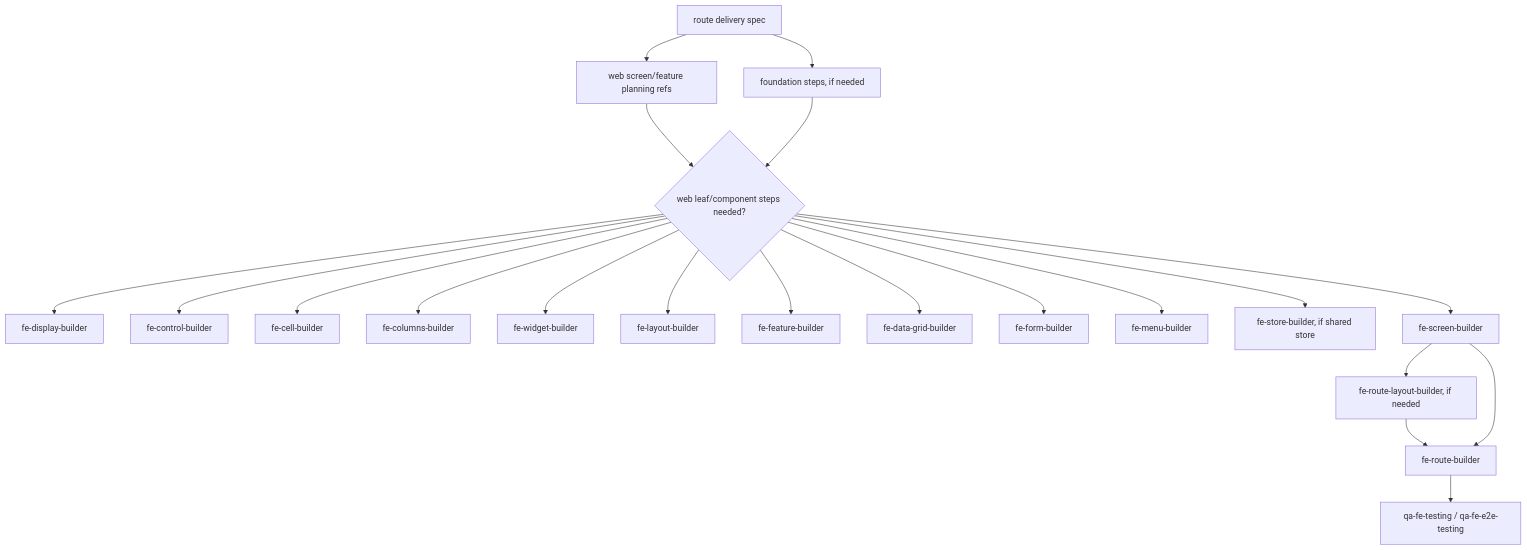
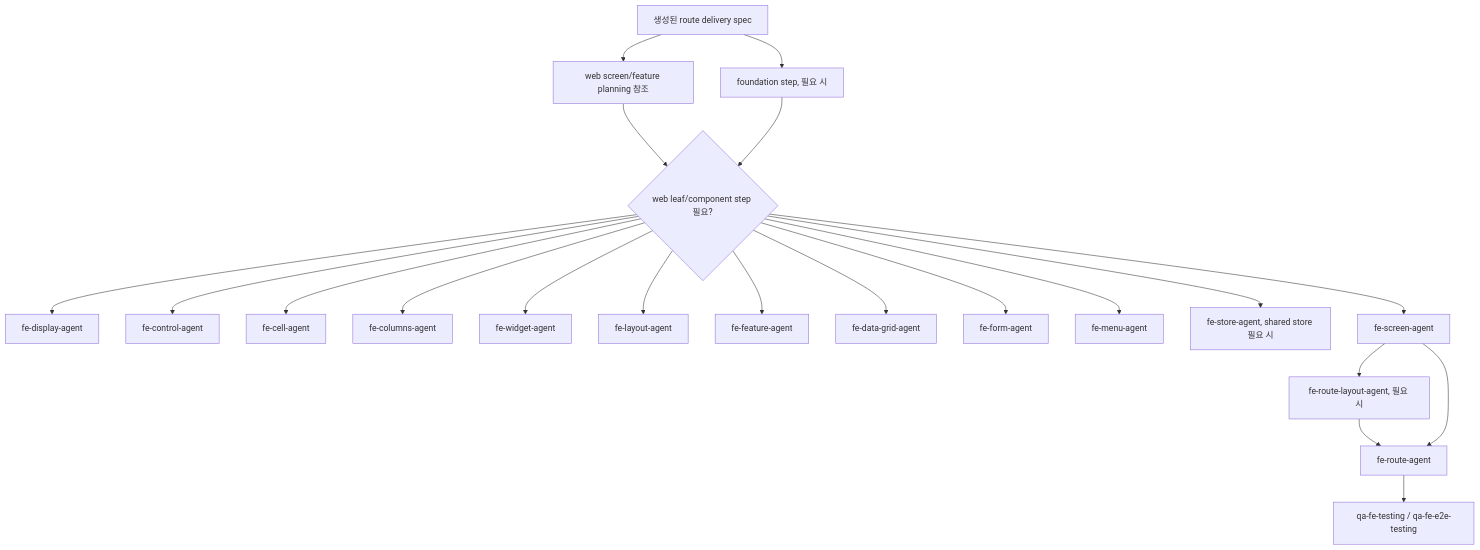
The fourth of 5 diagrams in docs/orchestration-agent-relationship-flow.md (kimjoongwon/prj-core), drawn with Mermaid before and after one commit. The commit also changed other lines of this file and 5 other files, not shown here.

````diff
--- a/docs/orchestration-agent-relationship-flow.md
+++ b/docs/orchestration-agent-relationship-flow.md
@@ -191,23 +208,23 @@
 ```mermaid
 flowchart TD
-  Spec["route delivery spec"] --> Planning["web screen/feature planning refs"]
-  Planning --> Leaf{"web leaf/component steps needed?"}
-  Spec --> Foundation["foundation steps, if needed"]
+  Spec["생성된 route delivery spec"] --> Planning["web screen/feature planning 참조"]
+  Planning --> Leaf{"web leaf/component step 필요?"}
+  Spec --> Foundation["foundation step, 필요 시"]
   Foundation --> Leaf
-  Leaf --> Display["fe-display-builder"]
-  Leaf --> Control["fe-control-builder"]
-  Leaf --> Cell["fe-cell-builder"]
-  Leaf --> Columns["fe-columns-builder"]
-  Leaf --> Widget["fe-widget-builder"]
-  Leaf --> Layout["fe-layout-builder"]
-  Leaf --> Feature["fe-feature-builder"]
-  Leaf --> DataGrid["fe-data-grid-builder"]
-  Leaf --> Form["fe-form-builder"]
-  Leaf --> Menu["fe-menu-builder"]
-  Leaf --> Store["fe-store-builder, if shared store"]
-  Leaf --> Page["fe-screen-builder"]
-  Page --> RouteLayout["fe-route-layout-builder, if needed"]
-  RouteLayout --> Route["fe-route-builder"]
+  Leaf --> Display["fe-display-agent"]
+  Leaf --> Control["fe-control-agent"]
+  Leaf --> Cell["fe-cell-agent"]
+  Leaf --> Columns["fe-columns-agent"]
+  Leaf --> Widget["fe-widget-agent"]
+  Leaf --> Layout["fe-layout-agent"]
+  Leaf --> Feature["fe-feature-agent"]
+  Leaf --> DataGrid["fe-data-grid-agent"]
+  Leaf --> Form["fe-form-agent"]
+  Leaf --> Menu["fe-menu-agent"]
+  Leaf --> Store["fe-store-agent, shared store 필요 시"]
+  Leaf --> Page["fe-screen-agent"]
+  Page --> RouteLayout["fe-route-layout-agent, 필요 시"]
+  RouteLayout --> Route["fe-route-agent"]
   Page --> Route
   Route --> QA["qa-fe-testing / qa-fe-e2e-testing"]
 ```
````
